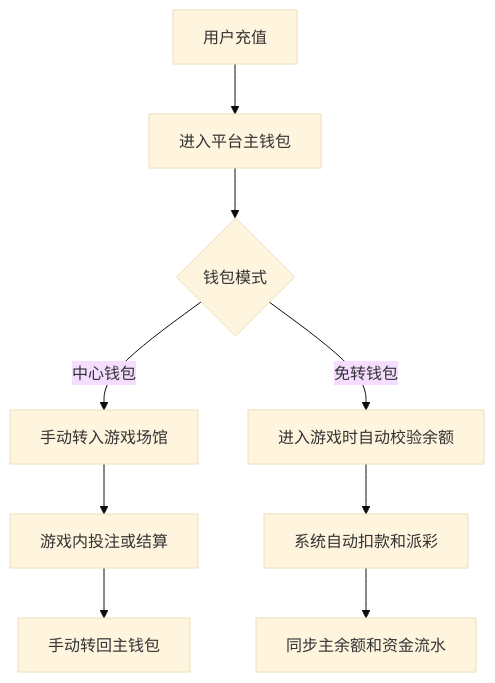
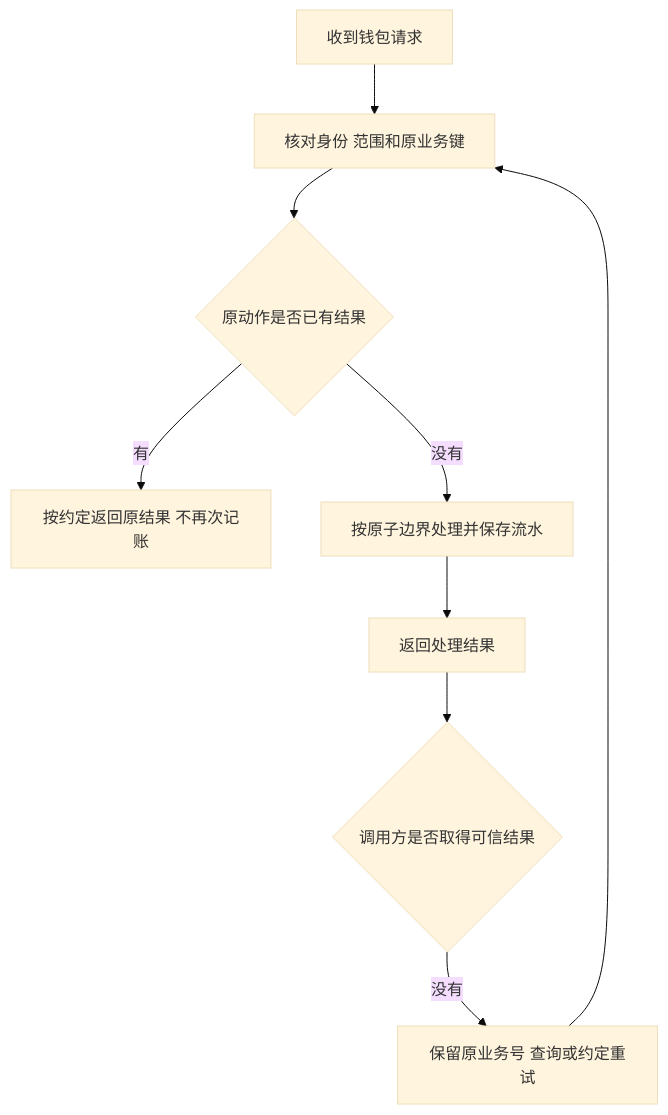
The diagram in content/articles/wallet-center-vs-seamless.md (micjordan9527/game), drawn with Mermaid (base theme) before and after one commit. The commit also changed other lines of this file and 20 other files, not shown here.

Commit message:
Add v23 platform responsibility guides and verified wallet model diagrams

````diff
--- a/content/articles/wallet-center-vs-seamless.md
+++ b/content/articles/wallet-center-vs-seamless.md
@@ -54,11 +74,11 @@
 ```mermaid
 flowchart TD
-  A[用户充值] --> B[进入平台主钱包]
-  B --> C{钱包模式}
-  C -->|中心钱包| D[手动转入游戏场馆]
-  D --> E[游戏内投注或结算]
-  E --> F[手动转回主钱包]
-  C -->|免转钱包| G[进入游戏时自动校验余额]
-  G --> H[系统自动扣款和派彩]
-  H --> I[同步主余额和资金流水]
+  A[收到钱包请求] --> B[核对身份 范围和原业务键]
+  B --> C{原动作是否已有结果}
+  C -->|有| D[按约定返回原结果 不再次记账]
+  C -->|没有| E[按原子边界处理并保存流水]
+  E --> F[返回处理结果]
+  F --> G{调用方是否取得可信结果}
+  G -->|没有| H[保留原业务号 查询或约定重试]
+  H --> B
 ```
````
